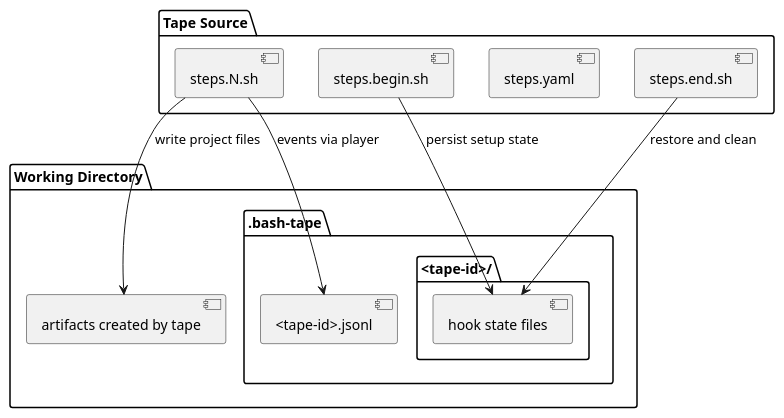
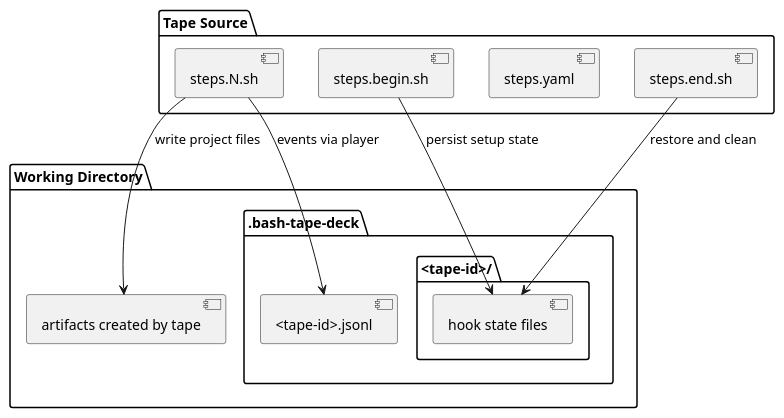
Before and after one commit to paulojeronimo/bash-tape-deck: the diagram in diagrams/architecture-workdir.puml, drawn with PlantUML. The commit also changed 23 other files, not shown here.

```diff
--- a/diagrams/architecture-workdir.puml
+++ b/diagrams/architecture-workdir.puml
@@ -1,27 +1,27 @@
 @startuml
 skinparam monochrome true
 skinparam shadowing false
 skinparam packageStyle rectangle
 
 folder "Tape Source" {
   [steps.N.sh]
   [steps.yaml]
   [steps.begin.sh]
   [steps.end.sh]
 }
 
 folder "Working Directory" {
-  folder ".bash-tape" {
+  folder ".bash-tape-deck" {
     [<tape-id>.jsonl]
     folder "<tape-id>/" {
       [hook state files]
     }
   }
   [artifacts created by tape]
 }
 
 [steps.N.sh] --> [artifacts created by tape] : write project files
 [steps.begin.sh] --> [hook state files] : persist setup state
 [steps.end.sh] --> [hook state files] : restore and clean
 [steps.N.sh] --> [<tape-id>.jsonl] : events via player
 @enduml
```
